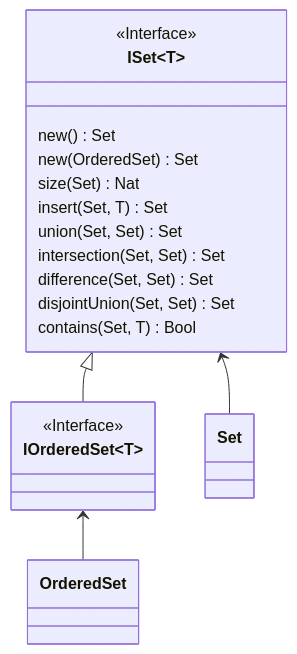
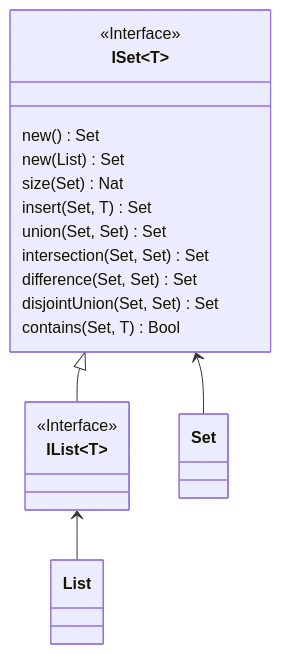
One commit to anoma/nspec changed the diagram in docs/arch/system/state/resource_machine/primitive_interfaces/set.juvix.md. Above: the diagram before and after it, drawn with Mermaid. The commit also changed other lines of this file and 14 other files, not shown here.

````diff
--- a/docs/arch/system/state/resource_machine/primitive_interfaces/set.juvix.md
+++ b/docs/arch/system/state/resource_machine/primitive_interfaces/set.juvix.md
@@ -30,28 +30,28 @@
 ```mermaid
 
 classDiagram
 
     class ISet~T~ {
          <<Interface>>
          new() Set
-         new(OrderedSet) Set
+         new(List) Set
          size(Set) Nat
          insert(Set, T) Set
          union(Set, Set) Set
          intersection(Set, Set) Set
          difference(Set, Set) Set
          disjointUnion(Set, Set) Set
          contains(Set, T) Bool
     }
 
-    class IOrderedSet~T~ {
+    class IList~T~ {
          <<Interface>>
     }
 
-    ISet <|-- IOrderedSet
+    ISet <|-- IList
 
     ISet <-- Set
 
-    IOrderedSet <-- OrderedSet
+    IList <-- List
 
 ```
````
